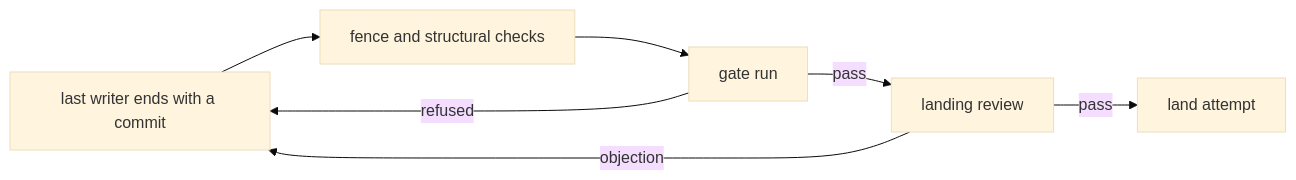
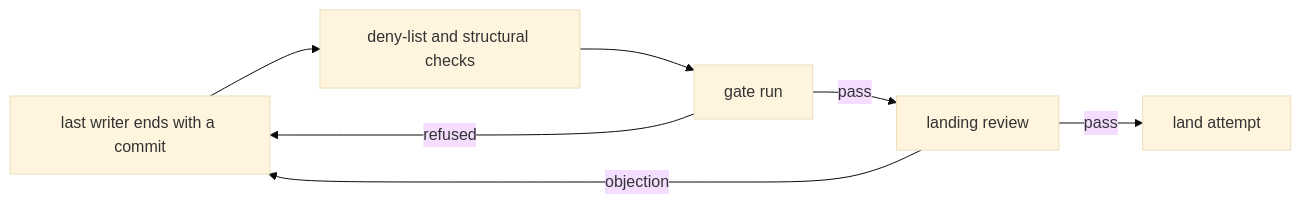
The diagram in docs/design/tillr-diff-review.md (mschulkind-oss/tillr), drawn with Mermaid (base theme) before and after one commit. The commit also changed other lines of this file and 20 other files, not shown here.

````diff
--- a/docs/design/tillr-diff-review.md
+++ b/docs/design/tillr-diff-review.md
@@ -187,9 +149,9 @@
 ```mermaid
 flowchart LR
-    W[last writer ends with a commit] --> F[fence and structural checks]
+    W[last writer ends with a commit] --> F[deny-list and structural checks]
     F --> G[gate run]
     G -- refused --> W
     G -- pass --> R[landing review]
     R -- objection --> W
     R -- pass --> L[land attempt]
 ```
````
